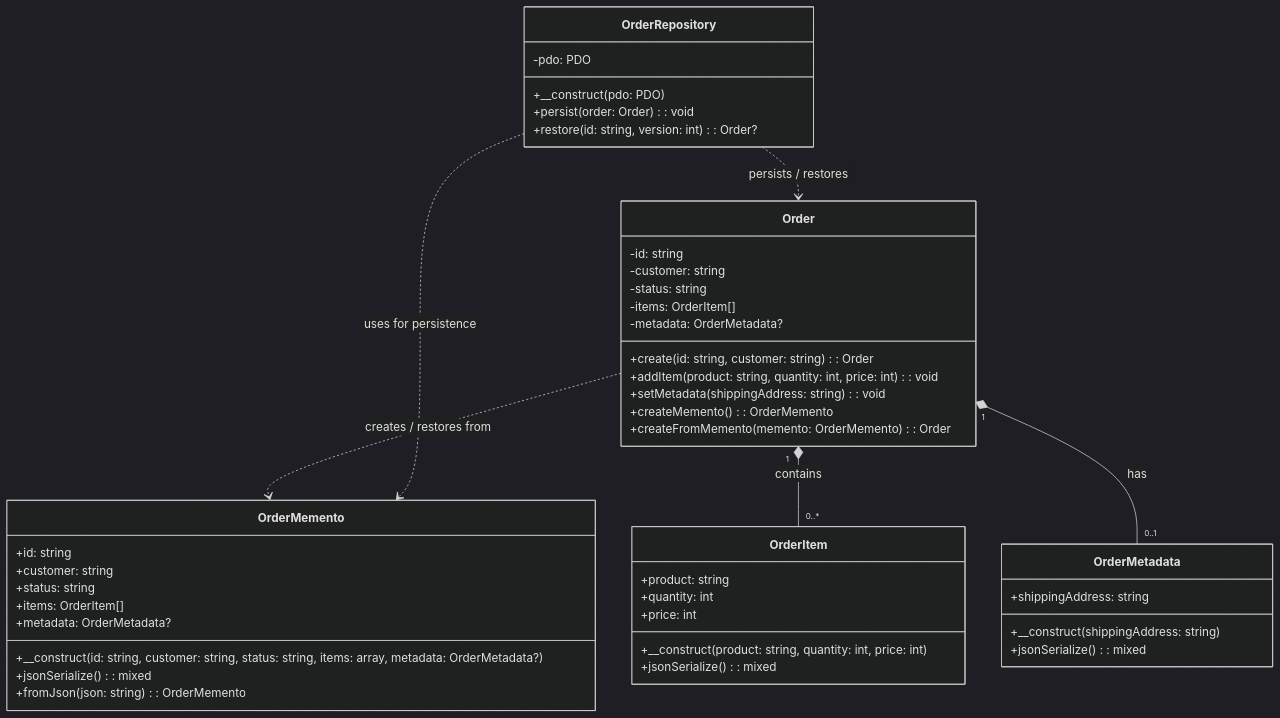
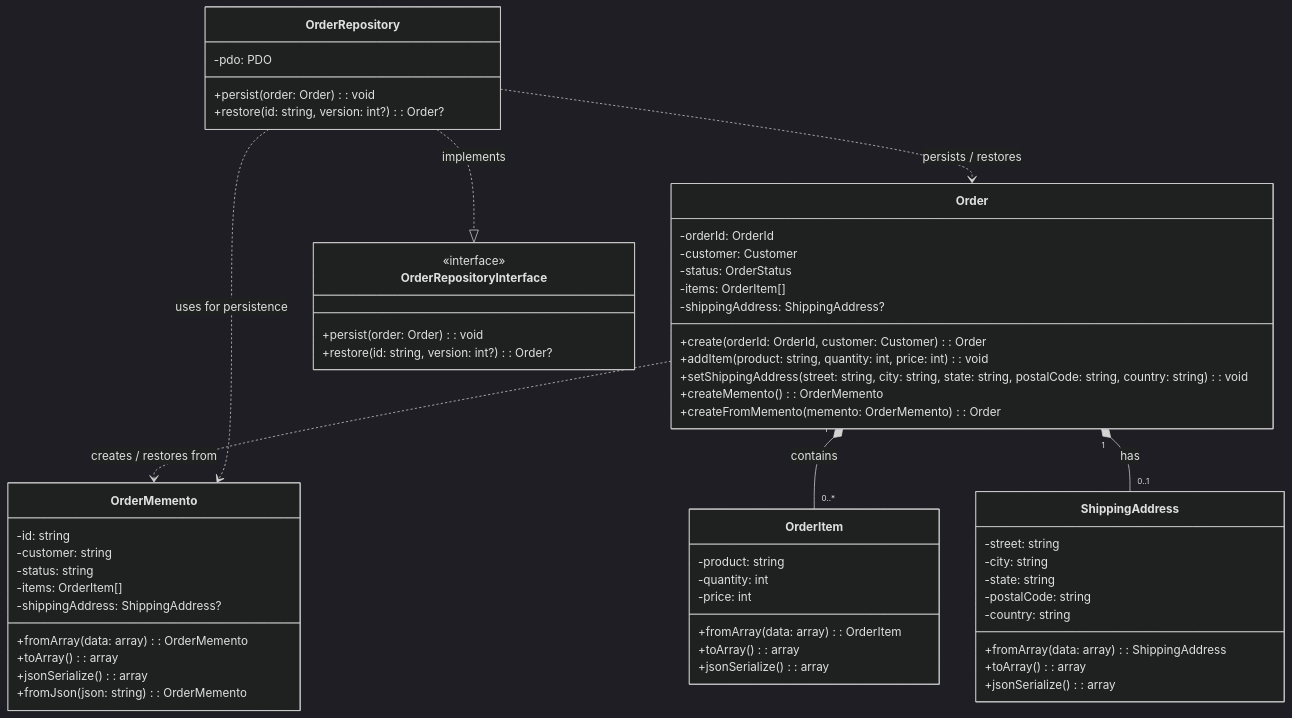
The diagram in _posts/2026-02-01-Persisting-Aggregates-with-the-Memento-Pattern.markdown (floriankraemer/floriankraemer.github.io), drawn with Mermaid (dark theme) before and after one commit. The commit also changed other lines of this file, not shown here.

````diff
--- a/_posts/2026-02-01-Persisting-Aggregates-with-the-Memento-Pattern.markdown
+++ b/_posts/2026-02-01-Persisting-Aggregates-with-the-Memento-Pattern.markdown
@@ -112,53 +133,66 @@
 ```mermaid
 classDiagram
     class Order {
-        -id: string
-        -customer: string
-        -status: string
+        -orderId: OrderId
+        -customer: Customer
+        -status: OrderStatus
         -items: OrderItem[]
-        -metadata: OrderMetadata?
-        +create(id: string, customer: string): Order
+        -shippingAddress: ShippingAddress?
+        +create(orderId: OrderId, customer: Customer): Order
         +addItem(product: string, quantity: int, price: int): void
-        +setMetadata(shippingAddress: string): void
+        +setShippingAddress(street: string, city: string, state: string, postalCode: string, country: string): void
         +createMemento(): OrderMemento
         +createFromMemento(memento: OrderMemento): Order
     }
 
     class OrderItem {
-        +product: string
-        +quantity: int
-        +price: int
-        +__construct(product: string, quantity: int, price: int)
-        +jsonSerialize(): mixed
+        -product: string
+        -quantity: int
+        -price: int
+        +fromArray(data: array): OrderItem
+        +toArray(): array
+        +jsonSerialize(): array
     }
 
-    class OrderMetadata {
-        +shippingAddress: string
-        +__construct(shippingAddress: string)
-        +jsonSerialize(): mixed
+    class ShippingAddress {
+        -street: string
+        -city: string
+        -state: string
+        -postalCode: string
+        -country: string
+        +fromArray(data: array): ShippingAddress
+        +toArray(): array
+        +jsonSerialize(): array
     }
 
     class OrderMemento {
-        +id: string
-        +customer: string
-        +status: string
-        +items: OrderItem[]
-        +metadata: OrderMetadata?
-        +__construct(id: string, customer: string, status: string, items: array, metadata: OrderMetadata?)
-        +jsonSerialize(): mixed
+        -id: string
+        -customer: string
+        -status: string
+        -items: OrderItem[]
+        -shippingAddress: ShippingAddress?
+        +fromArray(data: array): OrderMemento
+        +toArray(): array
+        +jsonSerialize(): array
         +fromJson(json: string): OrderMemento
+    }
+
+    class OrderRepositoryInterface {
+        <<interface>>
+        +persist(order: Order): void
+        +restore(id: string, version: int?): Order?
     }
 
     class OrderRepository {
         -pdo: PDO
-        +__construct(pdo: PDO)
         +persist(order: Order): void
-        +restore(id: string, version: int): Order?
+        +restore(id: string, version: int?): Order?
     }
 
     Order "1" *-- "0..*" OrderItem : contains
-    Order "1" *-- "0..1" OrderMetadata : has
+    Order "1" *-- "0..1" ShippingAddress : has
     Order ..> OrderMemento : creates / restores from
+    OrderRepository ..|> OrderRepositoryInterface : implements
     OrderRepository ..> OrderMemento : uses for persistence
     OrderRepository ..> Order : persists / restores
 ```
````
